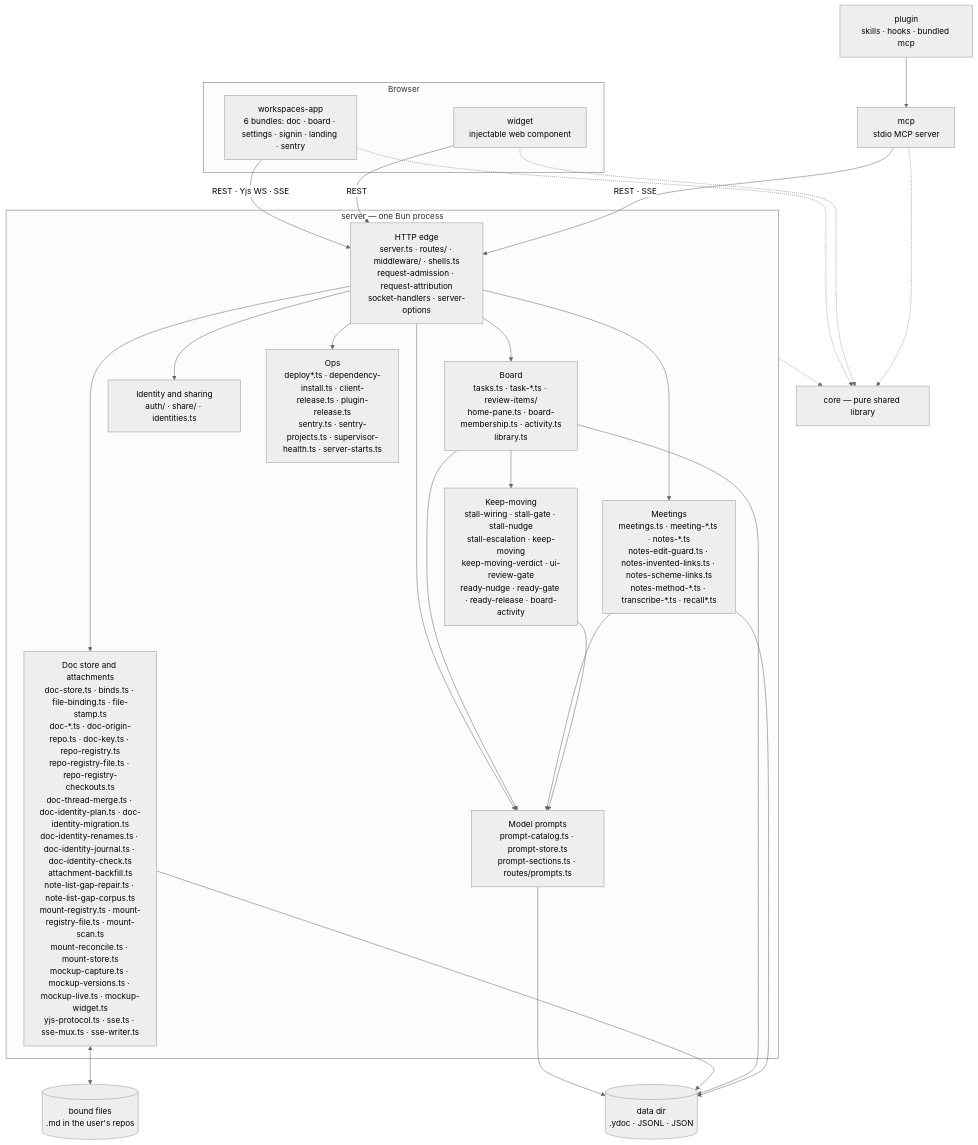
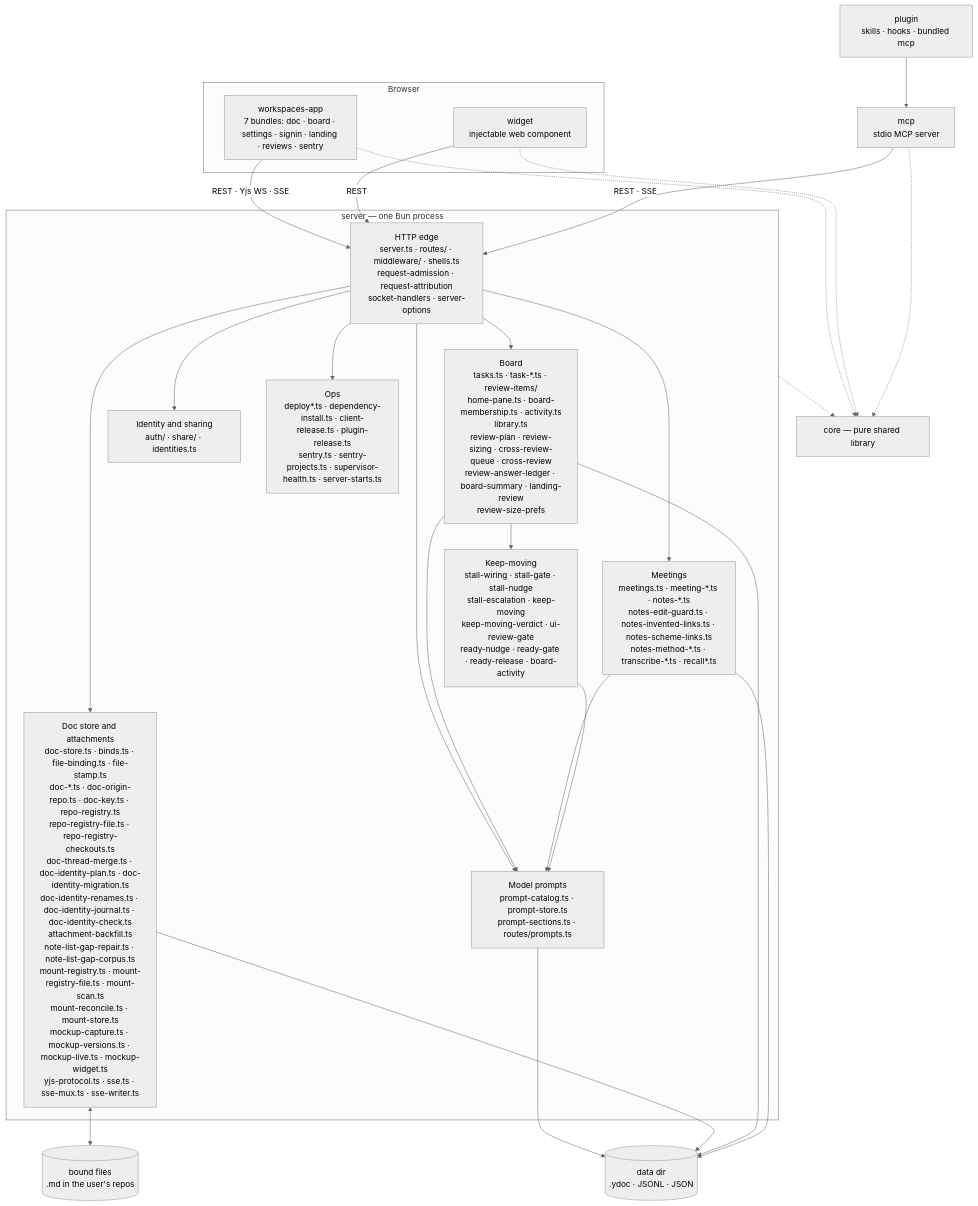
Before and after one commit to fryanpan/claude-workspaces-plugin: the first of 2 diagrams in docs/architecture/overview.md, drawn with Mermaid (neutral theme). The commit also changed other lines of this file and 44 other files, not shown here.

First line of the commit message:
Every board's review items can be walked in one queue at the size you have time for (#970)

````diff
--- a/docs/architecture/overview.md
+++ b/docs/architecture/overview.md
@@ -45,35 +45,35 @@
 ```mermaid
 flowchart TB
   subgraph browser[Browser]
-    app["workspaces-app<br/>6 bundles: doc · board · settings · signin · landing · sentry"]
+    app["workspaces-app<br/>7 bundles: doc · board · settings · signin · landing · reviews · sentry"]
     wid["widget<br/>injectable web component"]
   end
   plug["plugin<br/>skills · hooks · bundled mcp"]
   mcp["mcp<br/>stdio MCP server"]
   subgraph srv["server — one Bun process"]
     edge["HTTP edge<br/>server.ts · routes/ · middleware/ · shells.ts<br/>request-admission · request-attribution<br/>socket-handlers · server-options"]
     docs["Doc store and attachments<br/>doc-store.ts · binds.ts · file-binding.ts · file-stamp.ts<br/>doc-*.ts · doc-origin-repo.ts · doc-key.ts · repo-registry.ts<br/>repo-registry-file.ts · repo-registry-checkouts.ts<br/>doc-thread-merge.ts · doc-identity-plan.ts · doc-identity-migration.ts<br/>doc-identity-renames.ts · doc-identity-journal.ts · doc-identity-check.ts<br/>attachment-backfill.ts<br/>note-list-gap-repair.ts · note-list-gap-corpus.ts<br/>mount-registry.ts · mount-registry-file.ts · mount-scan.ts<br/>mount-reconcile.ts · mount-store.ts<br/>mockup-capture.ts · mockup-versions.ts · mockup-live.ts · mockup-widget.ts<br/>yjs-protocol.ts · sse.ts · sse-mux.ts · sse-writer.ts"]
-    board["Board<br/>tasks.ts · task-*.ts · review-items/<br/>home-pane.ts · board-membership.ts · activity.ts<br/>library.ts"]
+    board["Board<br/>tasks.ts · task-*.ts · review-items/<br/>home-pane.ts · board-membership.ts · activity.ts<br/>library.ts<br/>review-plan · review-sizing · cross-review-queue · cross-review<br/>review-answer-ledger · board-summary · landing-review<br/>review-size-prefs"]
     meet["Meetings<br/>meetings.ts · meeting-*.ts · notes-*.ts<br/>notes-edit-guard.ts · notes-invented-links.ts · notes-scheme-links.ts<br/>notes-method-*.ts · transcribe-*.ts · recall*.ts"]
     keep["Keep-moving<br/>stall-wiring · stall-gate · stall-nudge<br/>stall-escalation · keep-moving<br/>keep-moving-verdict · ui-review-gate<br/>ready-nudge · ready-gate · ready-release · board-activity"]
     ident["Identity and sharing<br/>auth/ · share/ · identities.ts"]
     prompts["Model prompts<br/>prompt-catalog.ts · prompt-store.ts<br/>prompt-sections.ts · routes/prompts.ts"]
     ops["Ops<br/>deploy*.ts · dependency-install.ts · client-release.ts · plugin-release.ts<br/>sentry.ts · sentry-projects.ts · supervisor-health.ts · server-starts.ts"]
   end
   core["core — pure shared library"]
   disk[("data dir<br/>.ydoc · JSONL · JSON")]
   files[("bound files<br/>.md in the user's repos")]
 
   app -->|"REST · Yjs WS · SSE"| edge
   wid -->|REST| edge
   plug --> mcp
   mcp -->|"REST · SSE"| edge
   edge --> docs & board & meet & ident & ops & prompts
   board & meet & keep --> prompts
   prompts --> disk
   board --> keep
   docs <--> files
   docs & board & meet --> disk
   app & wid & mcp -.-> core
   srv -.-> core
 ```
````
